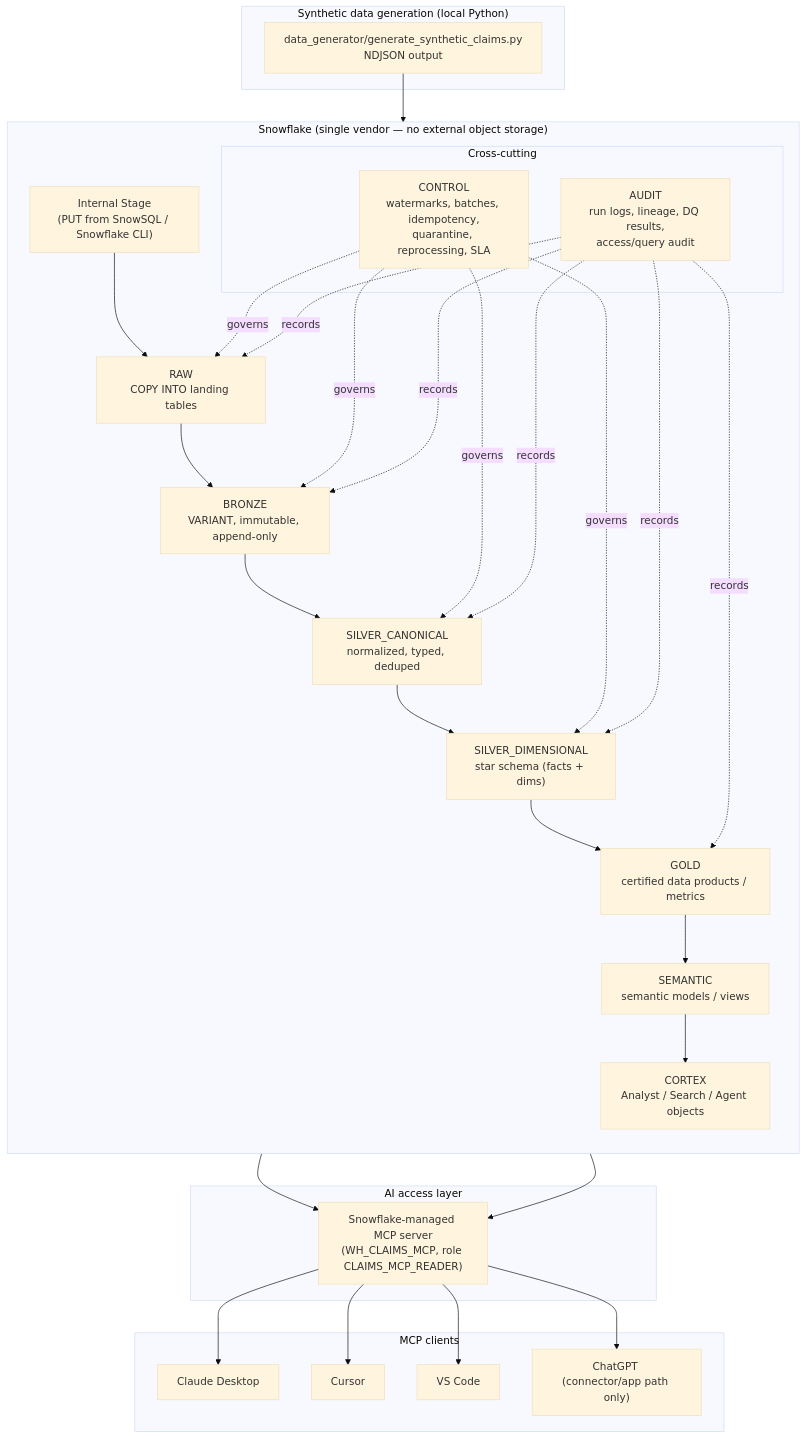
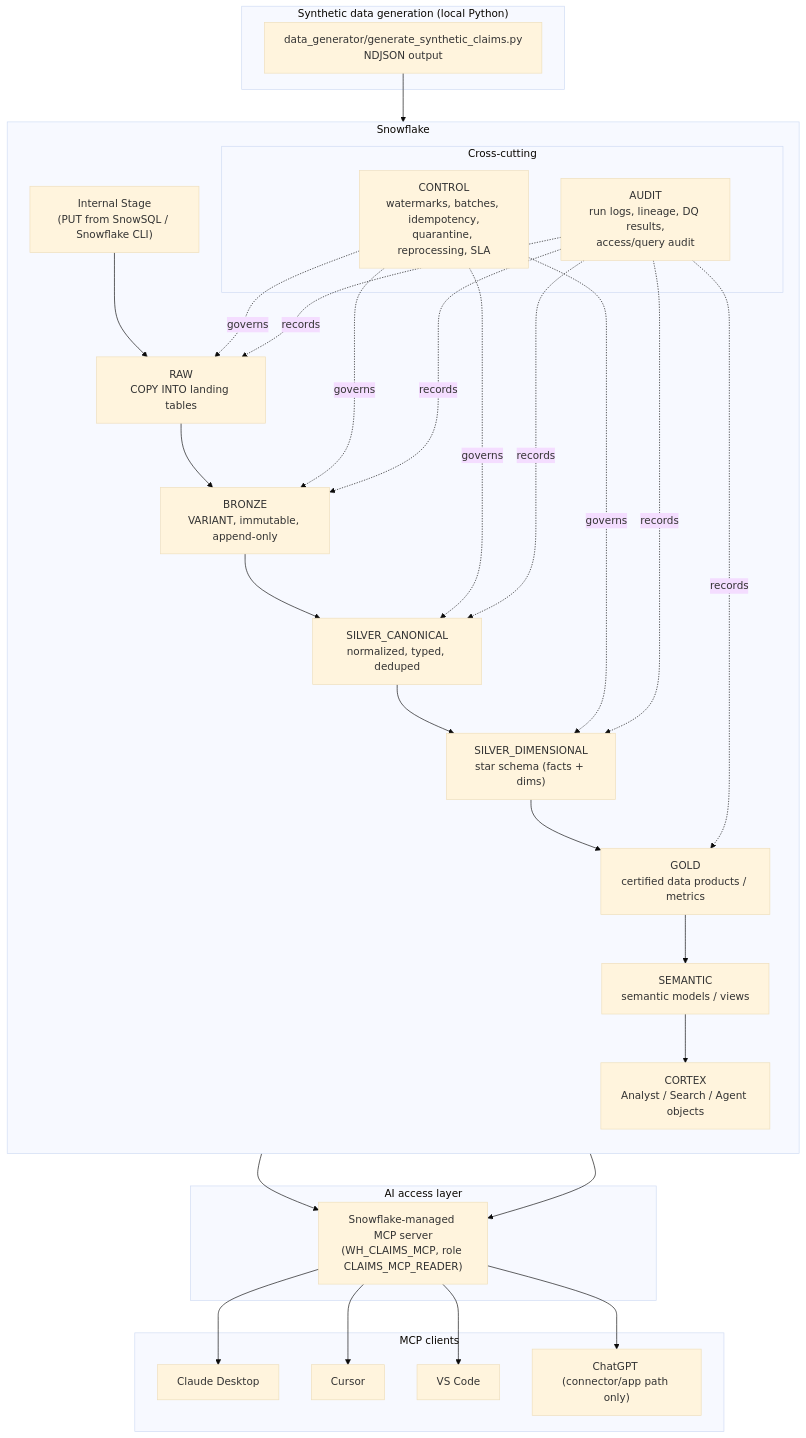
Before and after one commit to harichinnan/snowflake_reference_architecture: the diagram in README.md, drawn with Mermaid (base theme). The commit also changed other lines of this file and 25 other files, not shown here.

````diff
--- a/README.md
+++ b/README.md
@@ -57,53 +56,53 @@
 ```mermaid
 flowchart TB
     subgraph GEN["Synthetic data generation (local Python)"]
         PY["data_generator/generate_synthetic_claims.py\nNDJSON output"]
     end
 
-    subgraph SF["Snowflake (single vendor — no external object storage)"]
+    subgraph SF["Snowflake"]
         direction TB
         STAGE["Internal Stage\n(PUT from SnowSQL / Snowflake CLI)"]
         RAW["RAW\nCOPY INTO landing tables"]
         BRONZE["BRONZE\nVARIANT, immutable, append-only"]
         SCAN["SILVER_CANONICAL\nnormalized, typed, deduped"]
         SDIM["SILVER_DIMENSIONAL\nstar schema (facts + dims)"]
         GOLD["GOLD\ncertified data products / metrics"]
         SEM["SEMANTIC\nsemantic models / views"]
         CORTEX["CORTEX\nAnalyst / Search / Agent objects"]
 
         subgraph XCUT["Cross-cutting"]
             CONTROL["CONTROL\nwatermarks, batches, idempotency,\nquarantine, reprocessing, SLA"]
             AUDIT["AUDIT\nrun logs, lineage, DQ results,\naccess/query audit"]
         end
 
         STAGE --> RAW --> BRONZE --> SCAN --> SDIM --> GOLD --> SEM --> CORTEX
         CONTROL -.governs.-> RAW
         CONTROL -.governs.-> BRONZE
         CONTROL -.governs.-> SCAN
         CONTROL -.governs.-> SDIM
         AUDIT -.records.-> RAW
         AUDIT -.records.-> BRONZE
         AUDIT -.records.-> SCAN
         AUDIT -.records.-> SDIM
         AUDIT -.records.-> GOLD
     end
 
     subgraph MCPLAYER["AI access layer"]
         MCP["Snowflake-managed MCP server\n(WH_CLAIMS_MCP, role CLAIMS_MCP_READER)"]
     end
 
     subgraph CLIENTS["MCP clients"]
         CLAUDE["Claude Desktop"]
         CURSOR["Cursor"]
         VSCODE["VS Code"]
         CHATGPT["ChatGPT (connector/app path only)"]
     end
 
     PY --> STAGE
     CORTEX --> MCP
     SEM --> MCP
     MCP --> CLAUDE
     MCP --> CURSOR
     MCP --> VSCODE
     MCP --> CHATGPT
 ```
````
